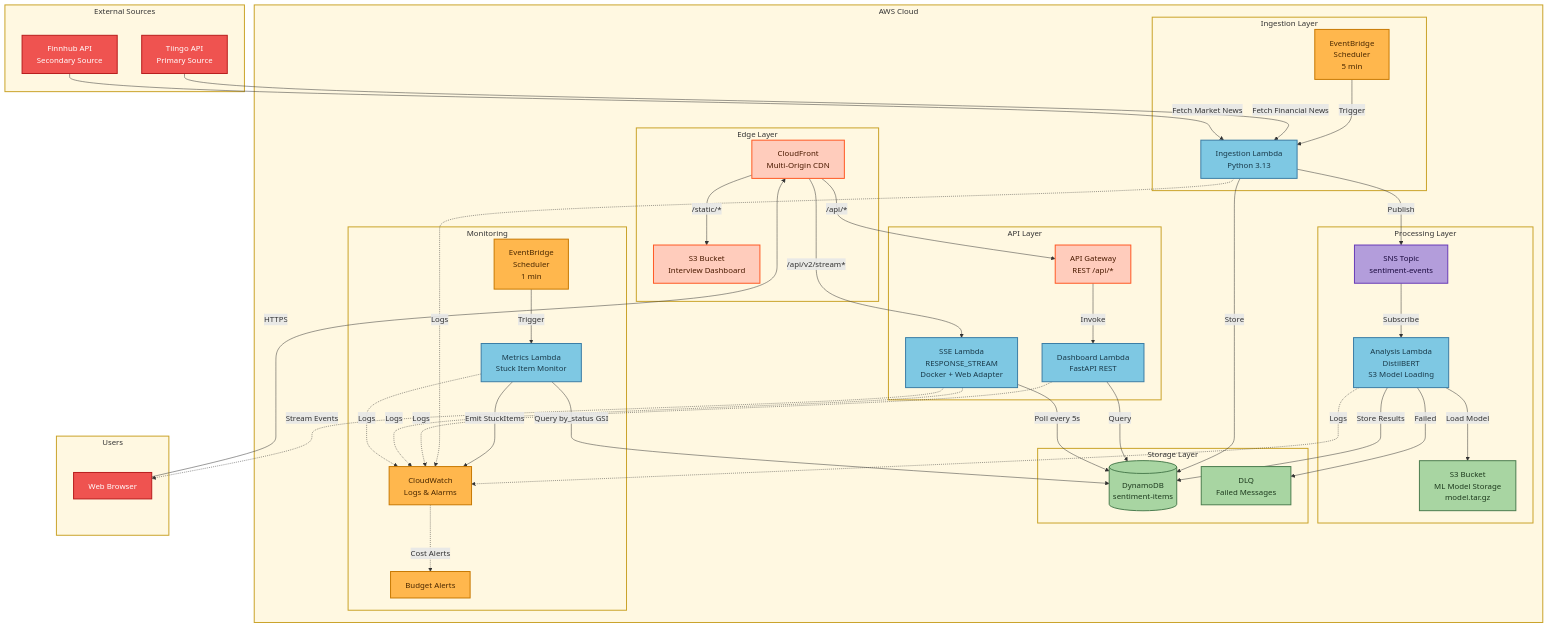
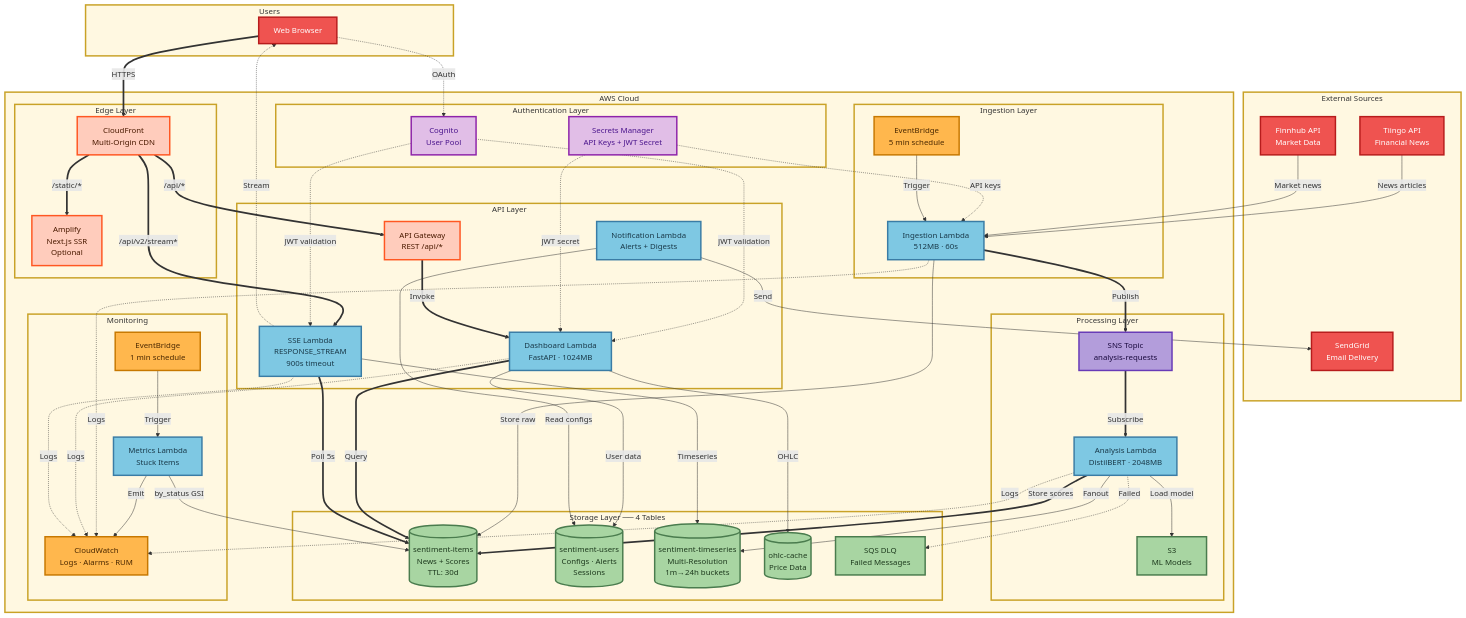
Before and after one commit to traylorre/sentiment-analyzer-gsk: the second of 5 diagrams in README.md, drawn with Mermaid. The commit also changed other lines of this file and 3 other files, not shown here.

First line of the commit message:
docs: Update architecture diagrams to match Terraform canonical source

````diff
--- a/README.md
+++ b/README.md
@@ -187,97 +187,126 @@
 ```mermaid
 graph TB
     subgraph External["External Sources"]
-        Tiingo[Tiingo API<br/>Primary Source]
-        Finnhub[Finnhub API<br/>Secondary Source]
-    end
-
-    subgraph AWS["AWS Cloud"]
-        subgraph EdgeLayer["Edge Layer"]
-            CF[CloudFront<br/>Multi-Origin CDN]
-            S3UI[S3 Bucket<br/>Interview Dashboard]
-        end
-
-        subgraph IngestionLayer["Ingestion Layer"]
-            EB[EventBridge<br/>Scheduler<br/>5 min]
-            Ingestion[Ingestion Lambda<br/>Python 3.13]
-        end
-
-        subgraph ProcessingLayer["Processing Layer"]
-            SNS[SNS Topic<br/>sentiment-events]
-            Analysis[Analysis Lambda<br/>DistilBERT<br/>S3 Model Loading]
-            S3Model[S3 Bucket<br/>ML Model Storage<br/>model.tar.gz]
-        end
-
-        subgraph APILayer["API Layer"]
-            APIGW[API Gateway<br/>REST /api/*]
-            Dashboard[Dashboard Lambda<br/>FastAPI REST]
-            SSELambda[SSE Lambda<br/>RESPONSE_STREAM<br/>Docker + Web Adapter]
-        end
-
-        subgraph StorageLayer["Storage Layer"]
-            DDB[(DynamoDB<br/>sentiment-items)]
-            DLQ[DLQ<br/>Failed Messages]
-        end
-
-        subgraph MonitoringLayer["Monitoring"]
-            EBMetrics[EventBridge<br/>Scheduler<br/>1 min]
-            Metrics[Metrics Lambda<br/>Stuck Item Monitor]
-            CW[CloudWatch<br/>Logs & Alarms]
-            Budget[Budget Alerts]
-        end
+        Tiingo[Tiingo API<br/>Financial News]
+        Finnhub[Finnhub API<br/>Market Data]
+        SendGrid[SendGrid<br/>Email Delivery]
     end
 
     subgraph Users["Users"]
         Browser[Web Browser]
     end
 
-    Browser -->|HTTPS| CF
-    CF -->|/static/*| S3UI
-    CF -->|/api/*| APIGW
-    CF -->|/api/v2/stream*| SSELambda
+    subgraph AWS["AWS Cloud"]
+        subgraph AuthLayer["Authentication Layer"]
+            Cognito[Cognito<br/>User Pool]
+            Secrets[Secrets Manager<br/>API Keys + JWT Secret]
+        end
 
+        subgraph EdgeLayer["Edge Layer"]
+            CF[CloudFront<br/>Multi-Origin CDN]
+            Amplify[Amplify<br/>Next.js SSR<br/>Optional]
+        end
+
+        subgraph IngestionLayer["Ingestion Layer"]
+            EB[EventBridge<br/>5 min schedule]
+            Ingestion[Ingestion Lambda<br/>512MB · 60s]
+        end
+
+        subgraph ProcessingLayer["Processing Layer"]
+            SNS[SNS Topic<br/>analysis-requests]
+            Analysis[Analysis Lambda<br/>DistilBERT · 2048MB]
+            S3Model[S3<br/>ML Models]
+        end
+
+        subgraph APILayer["API Layer"]
+            APIGW[API Gateway<br/>REST /api/*]
+            Dashboard[Dashboard Lambda<br/>FastAPI · 1024MB]
+            SSELambda[SSE Lambda<br/>RESPONSE_STREAM<br/>900s timeout]
+            Notification[Notification Lambda<br/>Alerts + Digests]
+        end
+
+        subgraph StorageLayer["Storage Layer ── 4 Tables"]
+            DDBItems[(sentiment-items<br/>News + Scores<br/>TTL: 30d)]
+            DDBUsers[(sentiment-users<br/>Configs · Alerts<br/>Sessions)]
+            DDBTimeseries[(sentiment-timeseries<br/>Multi-Resolution<br/>1m→24h buckets)]
+            DDBOhlc[(ohlc-cache<br/>Price Data)]
+            DLQ[SQS DLQ<br/>Failed Messages]
+        end
+
+        subgraph MonitoringLayer["Monitoring"]
+            EBMetrics[EventBridge<br/>1 min schedule]
+            Metrics[Metrics Lambda<br/>Stuck Items]
+            CW[CloudWatch<br/>Logs · Alarms · RUM]
+        end
+    end
+
+    %% User flows - thicker lines for primary paths
+    Browser ==>|HTTPS| CF
+    Browser -.->|OAuth| Cognito
+    CF ==>|/static/*| Amplify
+    CF ==>|/api/*| APIGW
+    CF ==>|/api/v2/stream*| SSELambda
+
+    %% Auth flows
+    Cognito -.->|JWT validation| Dashboard
+    Cognito -.->|JWT validation| SSELambda
+    Secrets -.->|API keys| Ingestion
+    Secrets -.->|JWT secret| Dashboard
+
+    %% Ingestion pipeline
     EB -->|Trigger| Ingestion
-    Tiingo -->|Fetch Financial News| Ingestion
-    Finnhub -->|Fetch Market News| Ingestion
+    Tiingo -->|News articles| Ingestion
+    Finnhub -->|Market news| Ingestion
+    Ingestion ==>|Publish| SNS
+    Ingestion -->|Store raw| DDBItems
 
-    Ingestion -->|Publish| SNS
-    Ingestion -->|Store| DDB
+    %% Analysis pipeline
+    SNS ==>|Subscribe| Analysis
+    Analysis -->|Load model| S3Model
+    Analysis ==>|Store scores| DDBItems
+    Analysis -->|Fanout| DDBTimeseries
+    Analysis -.->|Failed| DLQ
 
-    SNS -->|Subscribe| Analysis
-    Analysis -->|Load Model| S3Model
-    Analysis -->|Store Results| DDB
-    Analysis -->|Failed| DLQ
+    %% API Layer
+    APIGW ==>|Invoke| Dashboard
+    Dashboard ==>|Query| DDBItems
+    Dashboard -->|User data| DDBUsers
+    Dashboard -->|OHLC| DDBOhlc
+    SSELambda ==>|Poll 5s| DDBItems
+    SSELambda -->|Timeseries| DDBTimeseries
+    SSELambda -.->|Stream| Browser
 
-    APIGW -->|Invoke| Dashboard
-    Dashboard -->|Query| DDB
-    SSELambda -->|Poll every 5s| DDB
-    SSELambda -.->|Stream Events| Browser
+    %% Notifications
+    Notification -->|Send| SendGrid
+    Notification -->|Read configs| DDBUsers
 
+    %% Monitoring
     EBMetrics -->|Trigger| Metrics
-    Metrics -->|Query by_status GSI| DDB
-    Metrics -->|Emit StuckItems| CW
+    Metrics -->|by_status GSI| DDBItems
+    Metrics -->|Emit| CW
 
+    %% Logging (dotted = async)
     Ingestion -.->|Logs| CW
     Analysis -.->|Logs| CW
     Dashboard -.->|Logs| CW
     SSELambda -.->|Logs| CW
-    Metrics -.->|Logs| CW
 
-    CW -.->|Cost Alerts| Budget
+    %% Styles - preserved color scheme
+    classDef layerBox fill:#fff8e1,stroke:#c9a227,stroke-width:3px,color:#333
+    classDef lambdaStyle fill:#7ec8e3,stroke:#3a7ca5,stroke-width:3px,color:#1a3a4a
+    classDef storageStyle fill:#a8d5a2,stroke:#4a7c4e,stroke-width:3px,color:#1e3a1e
+    classDef messagingStyle fill:#b39ddb,stroke:#673ab7,stroke-width:3px,color:#1a0a3e
+    classDef monitoringStyle fill:#ffb74d,stroke:#c77800,stroke-width:3px,color:#4a2800
+    classDef externalStyle fill:#ef5350,stroke:#b71c1c,stroke-width:3px,color:#fff
+    classDef edgeStyle fill:#ffccbc,stroke:#ff5722,stroke-width:3px,color:#4a1a00
+    classDef authStyle fill:#e1bee7,stroke:#8e24aa,stroke-width:3px,color:#4a148c
 
-    classDef layerBox fill:#fff8e1,stroke:#c9a227,stroke-width:2px,color:#333
-    classDef lambdaStyle fill:#7ec8e3,stroke:#3a7ca5,stroke-width:2px,color:#1a3a4a
-    classDef storageStyle fill:#a8d5a2,stroke:#4a7c4e,stroke-width:2px,color:#1e3a1e
-    classDef messagingStyle fill:#b39ddb,stroke:#673ab7,stroke-width:2px,color:#1a0a3e
-    classDef monitoringStyle fill:#ffb74d,stroke:#c77800,stroke-width:2px,color:#4a2800
-    classDef externalStyle fill:#ef5350,stroke:#b71c1c,stroke-width:2px,color:#fff
-    classDef edgeStyle fill:#ffccbc,stroke:#ff5722,stroke-width:2px,color:#4a1a00
-
-    class External,AWS,EdgeLayer,IngestionLayer,ProcessingLayer,APILayer,StorageLayer,MonitoringLayer,Users layerBox
-    class Ingestion,Analysis,Dashboard,SSELambda,Metrics lambdaStyle
-    class DDB,DLQ,S3Model storageStyle
+    class External,AWS,AuthLayer,EdgeLayer,IngestionLayer,ProcessingLayer,APILayer,StorageLayer,MonitoringLayer,Users layerBox
+    class Ingestion,Analysis,Dashboard,SSELambda,Metrics,Notification lambdaStyle
+    class DDBItems,DDBUsers,DDBTimeseries,DDBOhlc,DLQ,S3Model storageStyle
     class SNS messagingStyle
-    class CW,Budget,EBMetrics,EB monitoringStyle
-    class Tiingo,Finnhub,Browser externalStyle
-    class CF,S3UI,APIGW edgeStyle
+    class CW,EBMetrics,EB monitoringStyle
+    class Tiingo,Finnhub,SendGrid,Browser externalStyle
+    class CF,Amplify,APIGW edgeStyle
+    class Cognito,Secrets authStyle
 ```
````
